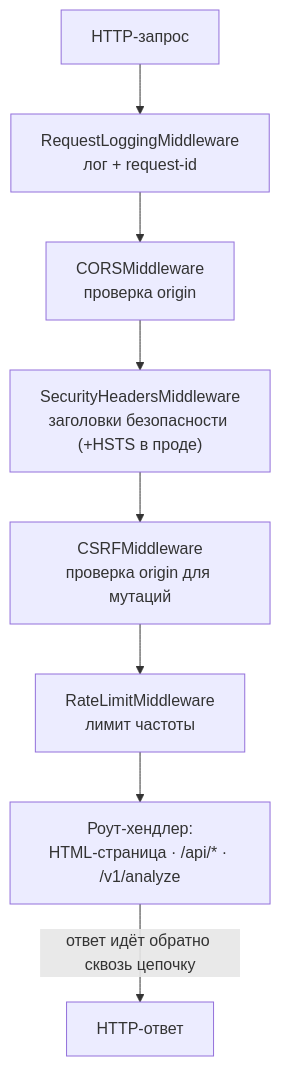
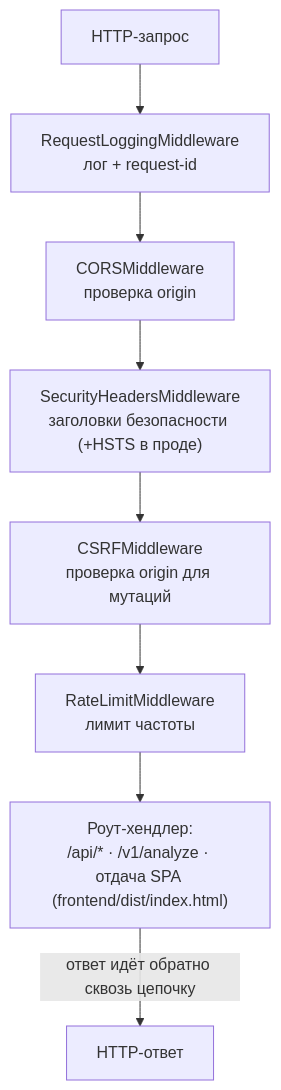
One commit to vevdokimovm/personal-finance-dss changed the seventh of 10 diagrams in docs/diagrams.md. Above: the diagram before and after it, drawn with Mermaid. The commit also changed other lines of this file and 5 other files, not shown here.

Commit message:
personal-finance-dss v9.13.5 — Описания релизов приведены к стандарту, оставшиеся три диаграммы догнаны до кода

````diff
--- a/docs/diagrams.md
+++ b/docs/diagrams.md
@@ -474,14 +475,14 @@
 ```mermaid
 flowchart TD
     Req["HTTP-запрос"]
     L1["RequestLoggingMiddleware<br/>лог + request-id"]
     L2["CORSMiddleware<br/>проверка origin"]
     L3["SecurityHeadersMiddleware<br/>заголовки безопасности (+HSTS в проде)"]
     L4["CSRFMiddleware<br/>проверка origin для мутаций"]
     L5["RateLimitMiddleware<br/>лимит частоты"]
-    Router["Роут-хендлер:<br/>HTML-страница · /api/* · /v1/analyze"]
+    Router["Роут-хендлер:<br/>/api/* · /v1/analyze · отдача SPA (frontend/dist/index.html)"]
     Resp["HTTP-ответ"]
 
     Req --> L1 --> L2 --> L3 --> L4 --> L5 --> Router
     Router -->|"ответ идёт обратно сквозь цепочку"| Resp
 ```
````
